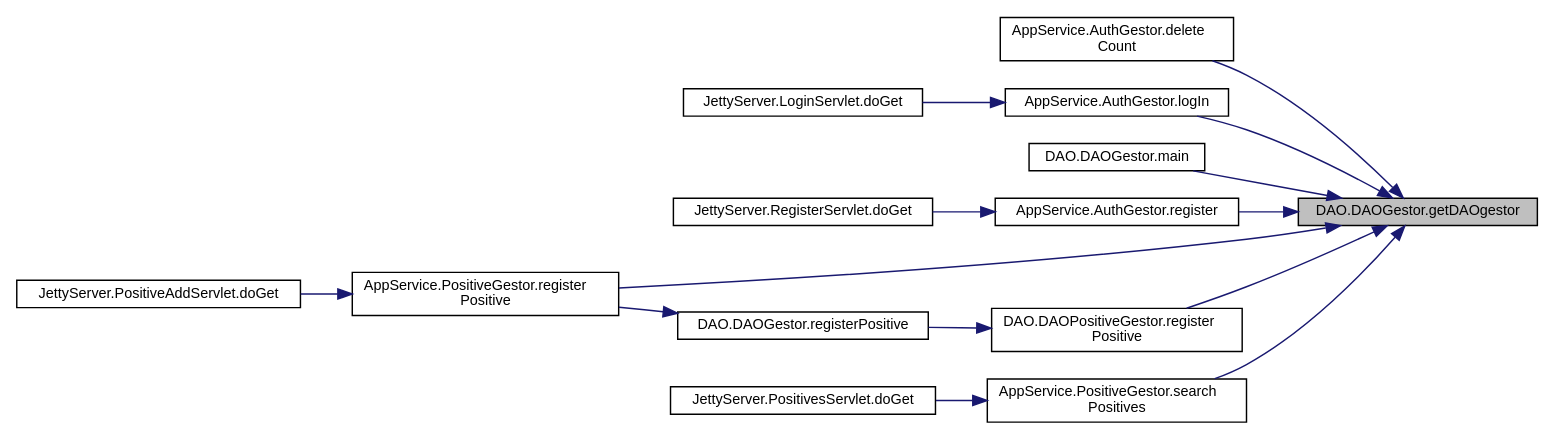
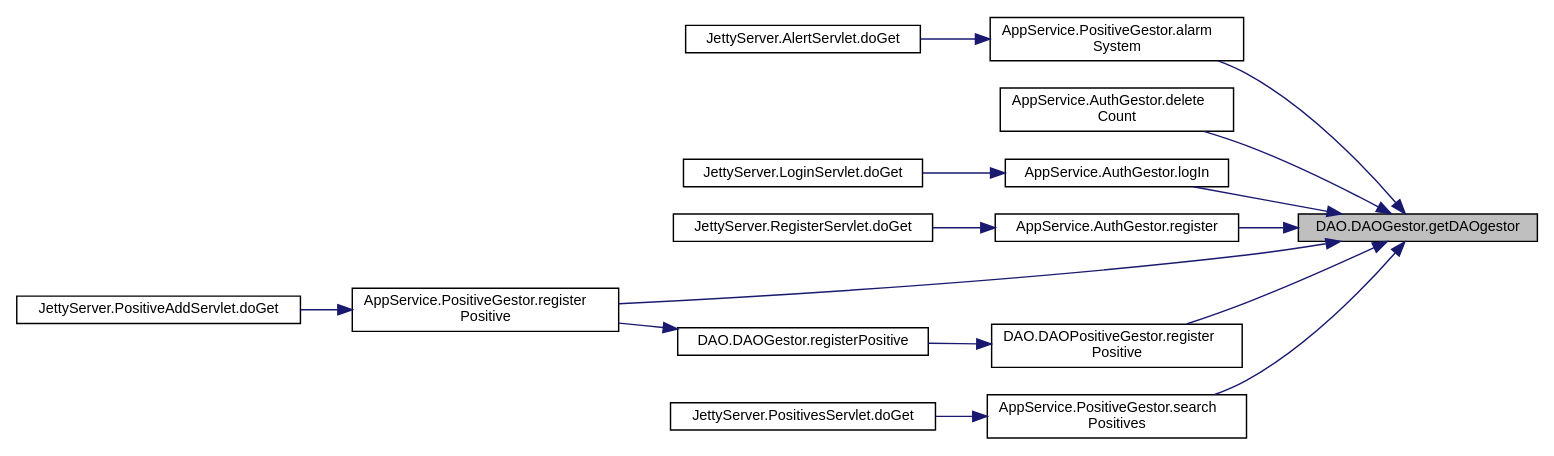
The diagram in docs/class_d_a_o_1_1_d_a_o_gestor_a743ecb55529d951593438e513a023921_icgraph.dot (enekoatxa/RadarCovid), drawn with Graphviz before and after one commit. The commit also changed 281 other files, not shown here.

```diff
--- a/docs/class_d_a_o_1_1_d_a_o_gestor_a743ecb55529d951593438e513a023921_icgraph.dot
+++ b/docs/class_d_a_o_1_1_d_a_o_gestor_a743ecb55529d951593438e513a023921_icgraph.dot
@@ -1,33 +1,35 @@
 digraph "DAO.DAOGestor.getDAOgestor"
 {
  // LATEX_PDF_SIZE
   edge [fontname="Helvetica",fontsize="10",labelfontname="Helvetica",labelfontsize="10"];
   node [fontname="Helvetica",fontsize="10",shape=record];
   rankdir="RL";
   Node1 [label="DAO.DAOGestor.getDAOgestor",height=0.2,width=0.4,color="black", fillcolor="grey75", style="filled", fontcolor="black",tooltip=" "];
   Node1 -> Node2 [dir="back",color="midnightblue",fontsize="10",style="solid",fontname="Helvetica"];
-  Node2 [label="AppService.AuthGestor.delete\lCount",height=0.2,width=0.4,color="black", fillcolor="white", style="filled",URL="$class_app_service_1_1_auth_gestor.html#aa6ff344b90eb77a27dfc200fba74c523",tooltip=" "];
-  Node1 -> Node3 [dir="back",color="midnightblue",fontsize="10",style="solid",fontname="Helvetica"];
-  Node3 [label="AppService.AuthGestor.logIn",height=0.2,width=0.4,color="black", fillcolor="white", style="filled",URL="$class_app_service_1_1_auth_gestor.html#aeafd43b974741a663c41ffcbb3accaf9",tooltip=" "];
-  Node3 -> Node4 [dir="back",color="midnightblue",fontsize="10",style="solid",fontname="Helvetica"];
-  Node4 [label="JettyServer.LoginServlet.doGet",height=0.2,width=0.4,color="black", fillcolor="white", style="filled",URL="$class_jetty_server_1_1_login_servlet.html#a1b41970a65fe867dfe40f80b4ccea338",tooltip=" "];
+  Node2 [label="AppService.PositiveGestor.alarm\lSystem",height=0.2,width=0.4,color="black", fillcolor="white", style="filled",URL="$class_app_service_1_1_positive_gestor.html#a70134df70c43573fd6b0fbaf67c1ddf7",tooltip=" "];
+  Node2 -> Node3 [dir="back",color="midnightblue",fontsize="10",style="solid",fontname="Helvetica"];
+  Node3 [label="JettyServer.AlertServlet.doGet",height=0.2,width=0.4,color="black", fillcolor="white", style="filled",URL="$class_jetty_server_1_1_alert_servlet.html#a4bda0b96c8b0764d23644fd17b31b68e",tooltip=" "];
+  Node1 -> Node4 [dir="back",color="midnightblue",fontsize="10",style="solid",fontname="Helvetica"];
+  Node4 [label="AppService.AuthGestor.delete\lCount",height=0.2,width=0.4,color="black", fillcolor="white", style="filled",URL="$class_app_service_1_1_auth_gestor.html#aa6ff344b90eb77a27dfc200fba74c523",tooltip=" "];
   Node1 -> Node5 [dir="back",color="midnightblue",fontsize="10",style="solid",fontname="Helvetica"];
-  Node5 [label="DAO.DAOGestor.main",height=0.2,width=0.4,color="black", fillcolor="white", style="filled",URL="$class_d_a_o_1_1_d_a_o_gestor.html#a418601ed26da405dd755a8b193aa9d70",tooltip=" "];
-  Node1 -> Node6 [dir="back",color="midnightblue",fontsize="10",style="solid",fontname="Helvetica"];
-  Node6 [label="AppService.AuthGestor.register",height=0.2,width=0.4,color="black", fillcolor="white", style="filled",URL="$class_app_service_1_1_auth_gestor.html#a5308a024c1e22f27e463c0987b00b9dd",tooltip=" "];
-  Node6 -> Node7 [dir="back",color="midnightblue",fontsize="10",style="solid",fontname="Helvetica"];
-  Node7 [label="JettyServer.RegisterServlet.doGet",height=0.2,width=0.4,color="black", fillcolor="white", style="filled",URL="$class_jetty_server_1_1_register_servlet.html#ab03335b5154d4e8ac1ca4797147e9d00",tooltip=" "];
-  Node1 -> Node8 [dir="back",color="midnightblue",fontsize="10",style="solid",fontname="Helvetica"];
-  Node8 [label="AppService.PositiveGestor.register\lPositive",height=0.2,width=0.4,color="black", fillcolor="white", style="filled",URL="$class_app_service_1_1_positive_gestor.html#a06e5a688499ef9d8dd92cb524f846e1e",tooltip=" "];
-  Node8 -> Node9 [dir="back",color="midnightblue",fontsize="10",style="solid",fontname="Helvetica"];
-  Node9 [label="JettyServer.PositiveAddServlet.doGet",height=0.2,width=0.4,color="black", fillcolor="white", style="filled",URL="$class_jetty_server_1_1_positive_add_servlet.html#aa97237f9c84de6958b9bf679d3b0211f",tooltip=" "];
-  Node1 -> Node10 [dir="back",color="midnightblue",fontsize="10",style="solid",fontname="Helvetica"];
-  Node10 [label="DAO.DAOPositiveGestor.register\lPositive",height=0.2,width=0.4,color="black", fillcolor="white", style="filled",URL="$class_d_a_o_1_1_d_a_o_positive_gestor.html#a5602d2f32fec0dd9f222402f8b1ad48e",tooltip=" "];
-  Node10 -> Node11 [dir="back",color="midnightblue",fontsize="10",style="solid",fontname="Helvetica"];
-  Node11 [label="DAO.DAOGestor.registerPositive",height=0.2,width=0.4,color="black", fillcolor="white", style="filled",URL="$class_d_a_o_1_1_d_a_o_gestor.html#a6ea0f06fc24dd013578351ec8e0302fd",tooltip=" "];
-  Node11 -> Node8 [dir="back",color="midnightblue",fontsize="10",style="solid",fontname="Helvetica"];
-  Node1 -> Node12 [dir="back",color="midnightblue",fontsize="10",style="solid",fontname="Helvetica"];
-  Node12 [label="AppService.PositiveGestor.search\lPositives",height=0.2,width=0.4,color="black", fillcolor="white", style="filled",URL="$class_app_service_1_1_positive_gestor.html#a2c980437a77527176c1b6116f0399ded",tooltip=" "];
-  Node12 -> Node13 [dir="back",color="midnightblue",fontsize="10",style="solid",fontname="Helvetica"];
-  Node13 [label="JettyServer.PositivesServlet.doGet",height=0.2,width=0.4,color="black", fillcolor="white", style="filled",URL="$class_jetty_server_1_1_positives_servlet.html#a93dee73d81fa336eab434bad30eff999",tooltip=" "];
+  Node5 [label="AppService.AuthGestor.logIn",height=0.2,width=0.4,color="black", fillcolor="white", style="filled",URL="$class_app_service_1_1_auth_gestor.html#aeafd43b974741a663c41ffcbb3accaf9",tooltip=" "];
+  Node5 -> Node6 [dir="back",color="midnightblue",fontsize="10",style="solid",fontname="Helvetica"];
+  Node6 [label="JettyServer.LoginServlet.doGet",height=0.2,width=0.4,color="black", fillcolor="white", style="filled",URL="$class_jetty_server_1_1_login_servlet.html#a1b41970a65fe867dfe40f80b4ccea338",tooltip=" "];
+  Node1 -> Node7 [dir="back",color="midnightblue",fontsize="10",style="solid",fontname="Helvetica"];
+  Node7 [label="AppService.AuthGestor.register",height=0.2,width=0.4,color="black", fillcolor="white", style="filled",URL="$class_app_service_1_1_auth_gestor.html#a5308a024c1e22f27e463c0987b00b9dd",tooltip=" "];
+  Node7 -> Node8 [dir="back",color="midnightblue",fontsize="10",style="solid",fontname="Helvetica"];
+  Node8 [label="JettyServer.RegisterServlet.doGet",height=0.2,width=0.4,color="black", fillcolor="white", style="filled",URL="$class_jetty_server_1_1_register_servlet.html#ab03335b5154d4e8ac1ca4797147e9d00",tooltip=" "];
+  Node1 -> Node9 [dir="back",color="midnightblue",fontsize="10",style="solid",fontname="Helvetica"];
+  Node9 [label="AppService.PositiveGestor.register\lPositive",height=0.2,width=0.4,color="black", fillcolor="white", style="filled",URL="$class_app_service_1_1_positive_gestor.html#a06e5a688499ef9d8dd92cb524f846e1e",tooltip=" "];
+  Node9 -> Node10 [dir="back",color="midnightblue",fontsize="10",style="solid",fontname="Helvetica"];
+  Node10 [label="JettyServer.PositiveAddServlet.doGet",height=0.2,width=0.4,color="black", fillcolor="white", style="filled",URL="$class_jetty_server_1_1_positive_add_servlet.html#aa97237f9c84de6958b9bf679d3b0211f",tooltip=" "];
+  Node1 -> Node11 [dir="back",color="midnightblue",fontsize="10",style="solid",fontname="Helvetica"];
+  Node11 [label="DAO.DAOPositiveGestor.register\lPositive",height=0.2,width=0.4,color="black", fillcolor="white", style="filled",URL="$class_d_a_o_1_1_d_a_o_positive_gestor.html#a5602d2f32fec0dd9f222402f8b1ad48e",tooltip=" "];
+  Node11 -> Node12 [dir="back",color="midnightblue",fontsize="10",style="solid",fontname="Helvetica"];
+  Node12 [label="DAO.DAOGestor.registerPositive",height=0.2,width=0.4,color="black", fillcolor="white", style="filled",URL="$class_d_a_o_1_1_d_a_o_gestor.html#a6ea0f06fc24dd013578351ec8e0302fd",tooltip=" "];
+  Node12 -> Node9 [dir="back",color="midnightblue",fontsize="10",style="solid",fontname="Helvetica"];
+  Node1 -> Node13 [dir="back",color="midnightblue",fontsize="10",style="solid",fontname="Helvetica"];
+  Node13 [label="AppService.PositiveGestor.search\lPositives",height=0.2,width=0.4,color="black", fillcolor="white", style="filled",URL="$class_app_service_1_1_positive_gestor.html#a2c980437a77527176c1b6116f0399ded",tooltip=" "];
+  Node13 -> Node14 [dir="back",color="midnightblue",fontsize="10",style="solid",fontname="Helvetica"];
+  Node14 [label="JettyServer.PositivesServlet.doGet",height=0.2,width=0.4,color="black", fillcolor="white", style="filled",URL="$class_jetty_server_1_1_positives_servlet.html#a93dee73d81fa336eab434bad30eff999",tooltip=" "];
 }
```
